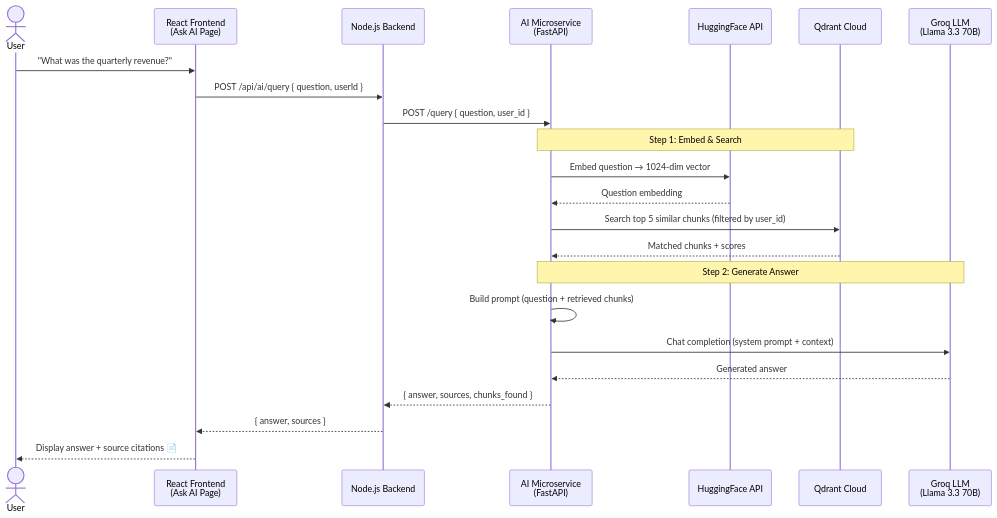
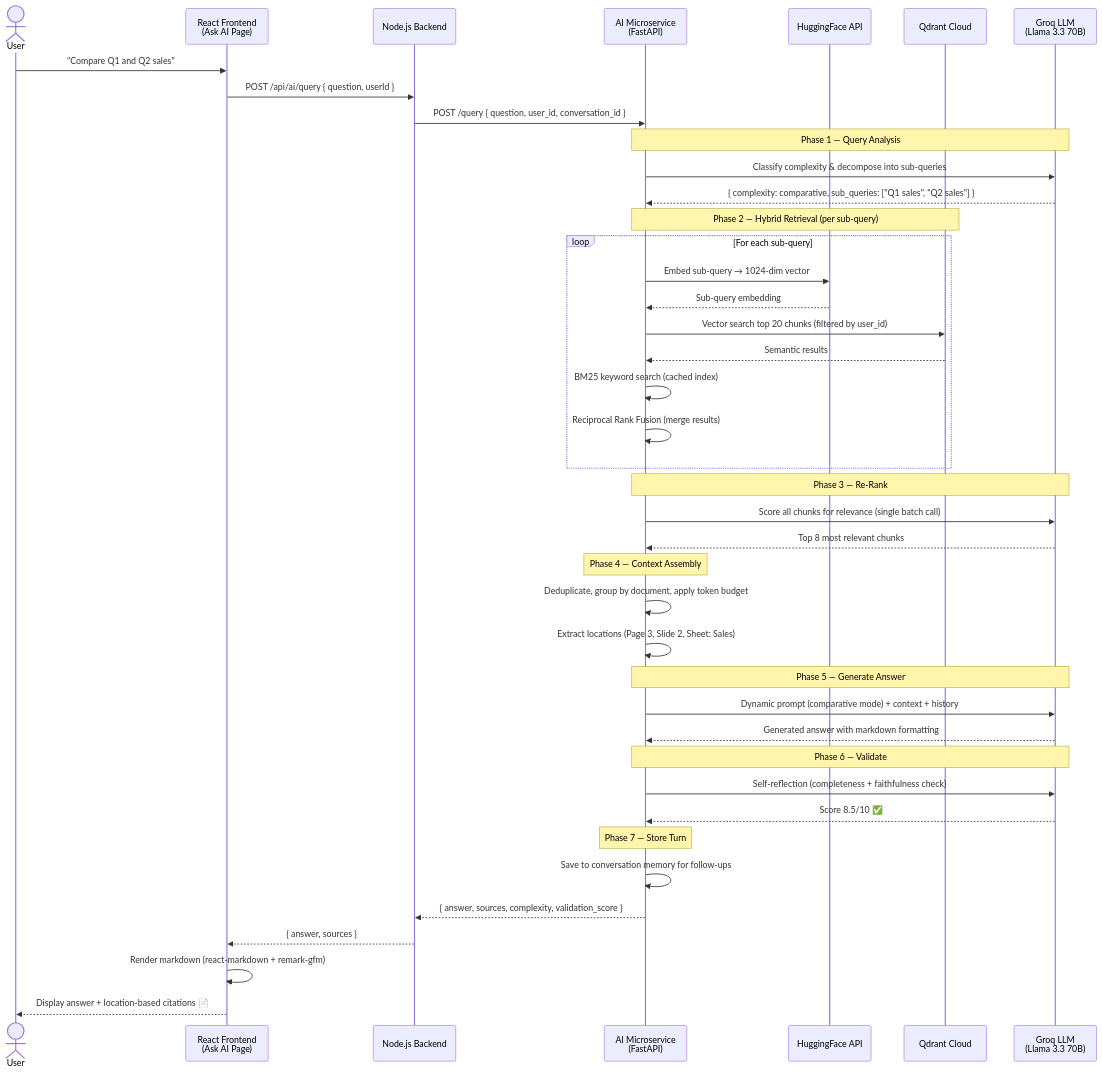
The second of 2 diagrams in README.md (rudra1806/docuvault), drawn with Mermaid before and after one commit. The commit also changed other lines of this file and 1 other file, not shown here.

Commit message:
feat: upgrade RAG pipeline to 7-phase architecture with hybrid search, LLM reranking, answer validation, and conversation memory

````diff
--- a/README.md
+++ b/README.md
@@ -280,29 +285,52 @@
 ```mermaid
 sequenceDiagram
     actor User
     participant Frontend as React Frontend<br/>(Ask AI Page)
     participant Backend as Node.js Backend
     participant AI as AI Microservice<br/>(FastAPI)
     participant HF as HuggingFace API
     participant Qdrant as Qdrant Cloud
     participant Groq as Groq LLM<br/>(Llama 3.3 70B)
 
-    User->>Frontend: "What was the quarterly revenue?"
+    User->>Frontend: "Compare Q1 and Q2 sales"
     Frontend->>Backend: POST /api/ai/query { question, userId }
-    Backend->>AI: POST /query { question, user_id }
+    Backend->>AI: POST /query { question, user_id, conversation_id }
 
-    Note over AI,Qdrant: Step 1: Embed & Search
-    AI->>HF: Embed question → 1024-dim vector
-    HF-->>AI: Question embedding
-    AI->>Qdrant: Search top 5 similar chunks (filtered by user_id)
-    Qdrant-->>AI: Matched chunks + scores
+    Note over AI,Groq: Phase 1 — Query Analysis
+    AI->>Groq: Classify complexity & decompose into sub-queries
+    Groq-->>AI: { complexity: comparative, sub_queries: ["Q1 sales", "Q2 sales"] }
 
-    Note over AI,Groq: Step 2: Generate Answer
-    AI->>AI: Build prompt (question + retrieved chunks)
-    AI->>Groq: Chat completion (system prompt + context)
-    Groq-->>AI: Generated answer
+    Note over AI,Qdrant: Phase 2 — Hybrid Retrieval (per sub-query)
+    loop For each sub-query
+        AI->>HF: Embed sub-query → 1024-dim vector
+        HF-->>AI: Sub-query embedding
+        AI->>Qdrant: Vector search top 20 chunks (filtered by user_id)
+        Qdrant-->>AI: Semantic results
+        AI->>AI: BM25 keyword search (cached index)
+        AI->>AI: Reciprocal Rank Fusion (merge results)
+    end
 
-    AI-->>Backend: { answer, sources, chunks_found }
+    Note over AI,Groq: Phase 3 — Re-Rank
+    AI->>Groq: Score all chunks for relevance (single batch call)
+    Groq-->>AI: Top 8 most relevant chunks
+
+    Note over AI: Phase 4 — Context Assembly
+    AI->>AI: Deduplicate, group by document, apply token budget
+    AI->>AI: Extract locations (Page 3, Slide 2, Sheet: Sales)
+
+    Note over AI,Groq: Phase 5 — Generate Answer
+    AI->>Groq: Dynamic prompt (comparative mode) + context + history
+    Groq-->>AI: Generated answer with markdown formatting
+
+    Note over AI,Groq: Phase 6 — Validate
+    AI->>Groq: Self-reflection (completeness + faithfulness check)
+    Groq-->>AI: Score 8.5/10 ✅
+
+    Note over AI: Phase 7 — Store Turn
+    AI->>AI: Save to conversation memory for follow-ups
+
+    AI-->>Backend: { answer, sources, complexity, validation_score }
     Backend-->>Frontend: { answer, sources }
-    Frontend-->>User: Display answer + source citations 📄
+    Frontend->>Frontend: Render markdown (react-markdown + remark-gfm)
+    Frontend-->>User: Display answer + location-based citations 📄
 ```
````
